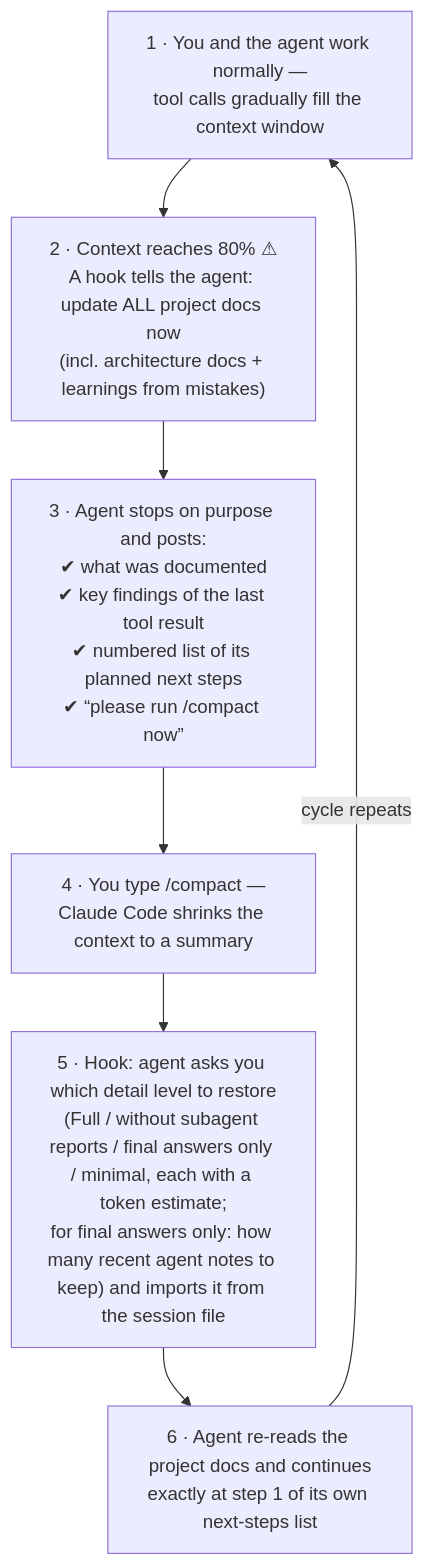
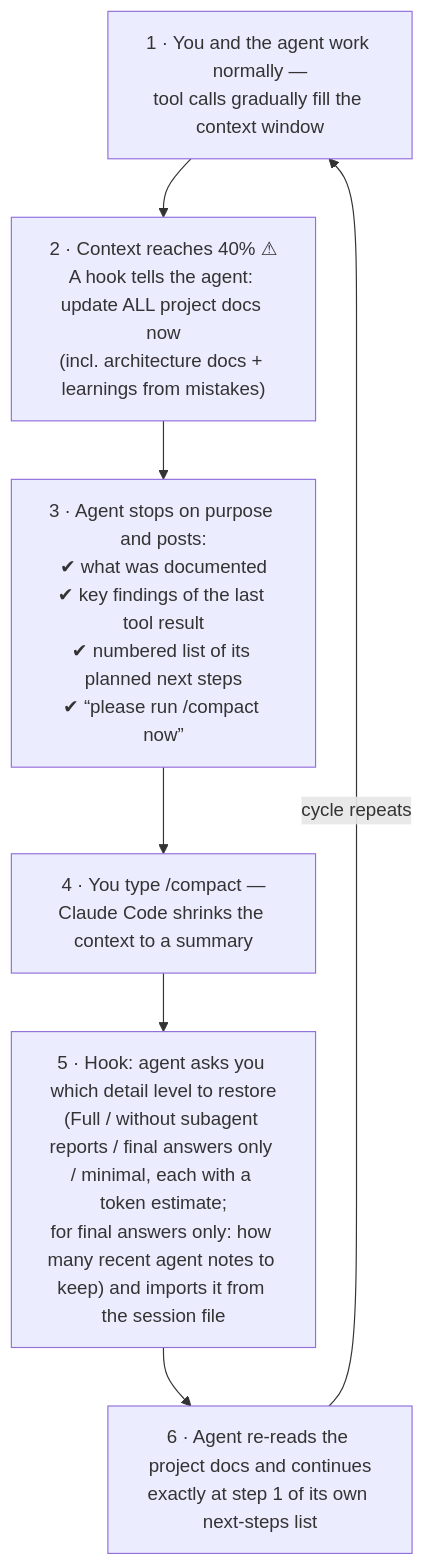
Before and after one commit to hafnera/context-cycle: the diagram in README.md, drawn with Mermaid. The commit also changed other lines of this file and 6 other files, not shown here.

````diff
--- a/README.md
+++ b/README.md
@@ -20,12 +20,12 @@
 ```mermaid
 flowchart TD
     A["1 · You and the agent work normally —<br/>tool calls gradually fill the context window"]
-    B["2 · Context reaches 80% ⚠<br/>A hook tells the agent: update ALL project docs now<br/>(incl. architecture docs + learnings from mistakes)"]
+    B["2 · Context reaches 40% ⚠<br/>A hook tells the agent: update ALL project docs now<br/>(incl. architecture docs + learnings from mistakes)"]
     C["3 · Agent stops on purpose and posts:<br/>✔ what was documented<br/>✔ key findings of the last tool result<br/>✔ numbered list of its planned next steps<br/>✔ “please run /compact now”"]
     D["4 · You type /compact —<br/>Claude Code shrinks the context to a summary"]
     E["5 · Hook: agent asks you which detail level to restore<br/>(Full / without subagent reports / final answers only / minimal, each with a token estimate;<br/>for final answers only: how many recent agent notes to keep) and imports it from the session file"]
     F["6 · Agent re-reads the project docs and continues<br/>exactly at step 1 of its own next-steps list"]
 
     A --> B --> C --> D --> E --> F
     F -->|"cycle repeats"| A
 ```
````
